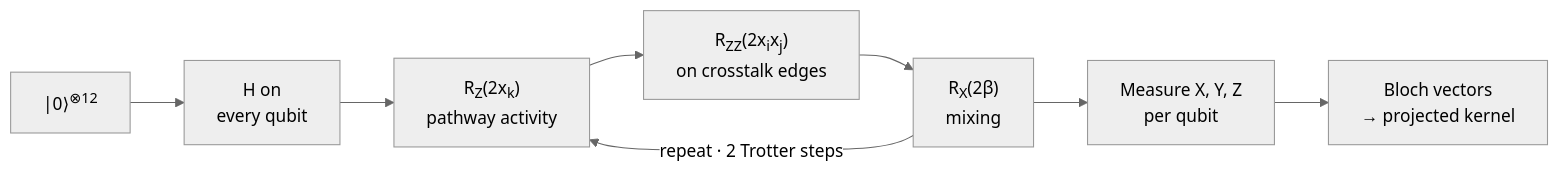
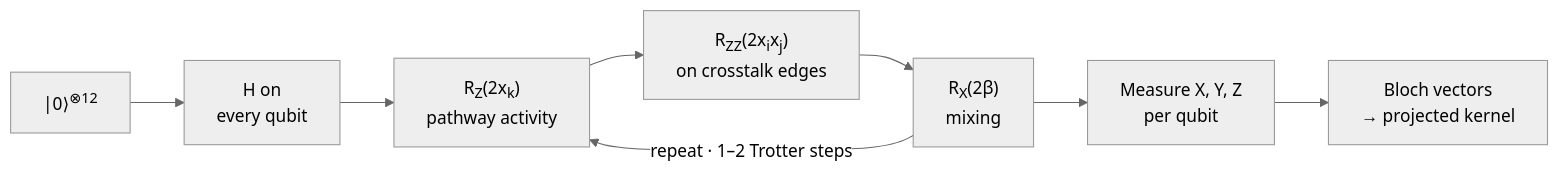
One commit to VijayaY836/Sanket changed the second of 2 diagrams in README.md. Above: the diagram before and after it, drawn with Mermaid (neutral theme). The commit also changed other lines of this file and 24 other files, not shown here.

````diff
--- a/README.md
+++ b/README.md
@@ -155,10 +327,10 @@
 ```mermaid
 flowchart LR
     A["|0⟩<sup>⊗12</sup>"] --> B["H on<br/>every qubit"]
     B --> C["R<sub>Z</sub>(2x<sub>k</sub>)<br/>pathway activity"]
     C --> D["R<sub>ZZ</sub>(2x<sub>i</sub>x<sub>j</sub>)<br/>on crosstalk edges"]
     D --> E["R<sub>X</sub>(2β)<br/>mixing"]
-    E -->|"repeat · 2 Trotter steps"| C
+    E -->|"repeat · 1–2 Trotter steps"| C
     E --> F["Measure X, Y, Z<br/>per qubit"]
     F --> G["Bloch vectors<br/>→ projected kernel"]
 ```
````
